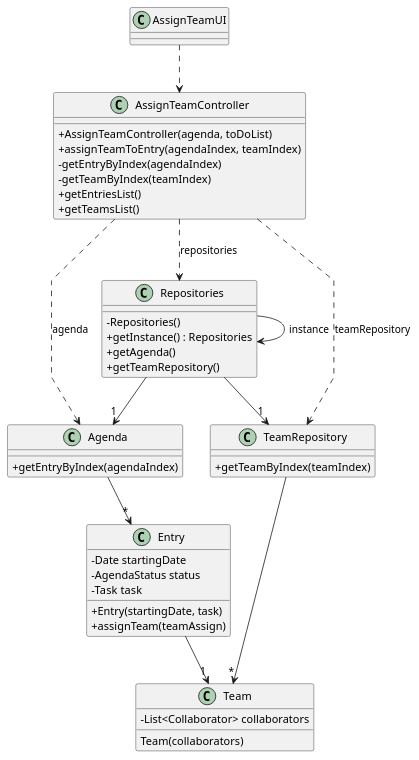
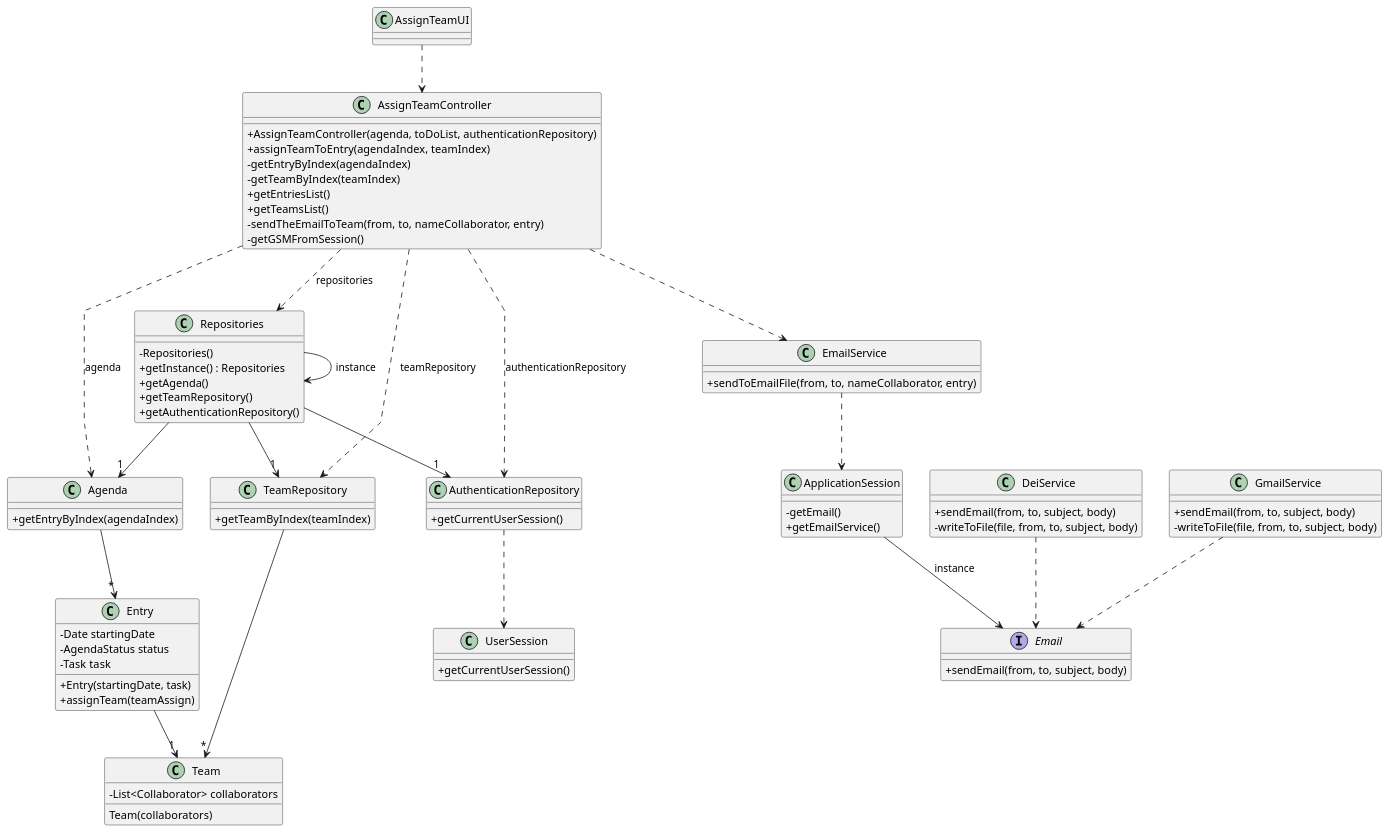
The diagram in docs/sprintA&B&C/us023/03.design/puml/us023-class-diagram.puml (daniel41silva05/ISEP_2023_2024_LAPR2), drawn with PlantUML before and after one commit. The commit also changed 13 other files, not shown here.

Commit message:
Update US23 - Requirements engineering + Domain Model + Class Diagram #11

```diff
--- a/docs/sprintA&B&C/us023/03.design/puml/us023-class-diagram.puml
+++ b/docs/sprintA&B&C/us023/03.design/puml/us023-class-diagram.puml
@@ -1,63 +1,106 @@
 @startuml
 'skinparam monochrome true
 skinparam packageStyle rectangle
 skinparam shadowing false
 skinparam linetype polyline
 'skinparam linetype orto
 
 skinparam classAttributeIconSize 0
 
 'left to right direction
 
 class AssignTeamUI {
 }
 
 class AssignTeamController {
-    +AssignTeamController(agenda, toDoList)
+    +AssignTeamController(agenda, toDoList, authenticationRepository)
     +assignTeamToEntry(agendaIndex, teamIndex)
     -getEntryByIndex(agendaIndex)
     -getTeamByIndex(teamIndex)
     +getEntriesList()
     +getTeamsList()
+    -sendTheEmailToTeam(from, to, nameCollaborator, entry)
+    -getGSMFromSession()
 }
 
 class Agenda {
     +getEntryByIndex(agendaIndex)
 }
 
 class Entry {
     -Date startingDate
     -AgendaStatus status
     -Task task
     +Entry(startingDate, task)
     +assignTeam(teamAssign)
 }
 
 class TeamRepository {
     +getTeamByIndex(teamIndex)
 }
 
 class Team {
     -List<Collaborator> collaborators
     Team(collaborators)
 }
 
 class Repositories {
     - Repositories()
     + getInstance() : Repositories
     + getAgenda()
     + getTeamRepository()
+    + getAuthenticationRepository()
 }
+
+class AuthenticationRepository {
+    +getCurrentUserSession()
+}
+
+class UserSession {
+    +getCurrentUserSession()
+}
+
+class EmailService {
+    +sendToEmailFile(from, to, nameCollaborator, entry)
+}
+
+class ApplicationSession {
+    -getEmail()
+    +getEmailService()
+}
+
+interface Email {
+    +sendEmail(from, to, subject, body)
+}
+
+class DeiService {
+    +sendEmail(from, to, subject, body)
+    -writeToFile(file, from, to, subject, body)
+}
+
+class GmailService {
+    +sendEmail(from, to, subject, body)
+    -writeToFile(file, from, to, subject, body)
+}
+
 
 AssignTeamUI ..> AssignTeamController
 AssignTeamController ..> Repositories: repositories
 AssignTeamController ..> Agenda: agenda
 AssignTeamController ..> TeamRepository: teamRepository
+AssignTeamController ..> AuthenticationRepository: authenticationRepository
+AuthenticationRepository ..> UserSession
 Repositories --> Repositories: instance
 Repositories --> "1" Agenda
 Repositories --> "1" TeamRepository
+Repositories --> "1" AuthenticationRepository
 Agenda --> "*" Entry
 TeamRepository --> "*" Team
 Entry --> "1" Team
+AssignTeamController ..> EmailService
+EmailService ..> ApplicationSession
+ApplicationSession --> Email: instance
+DeiService ..> Email
+GmailService ..> Email
 
 @enduml
```
